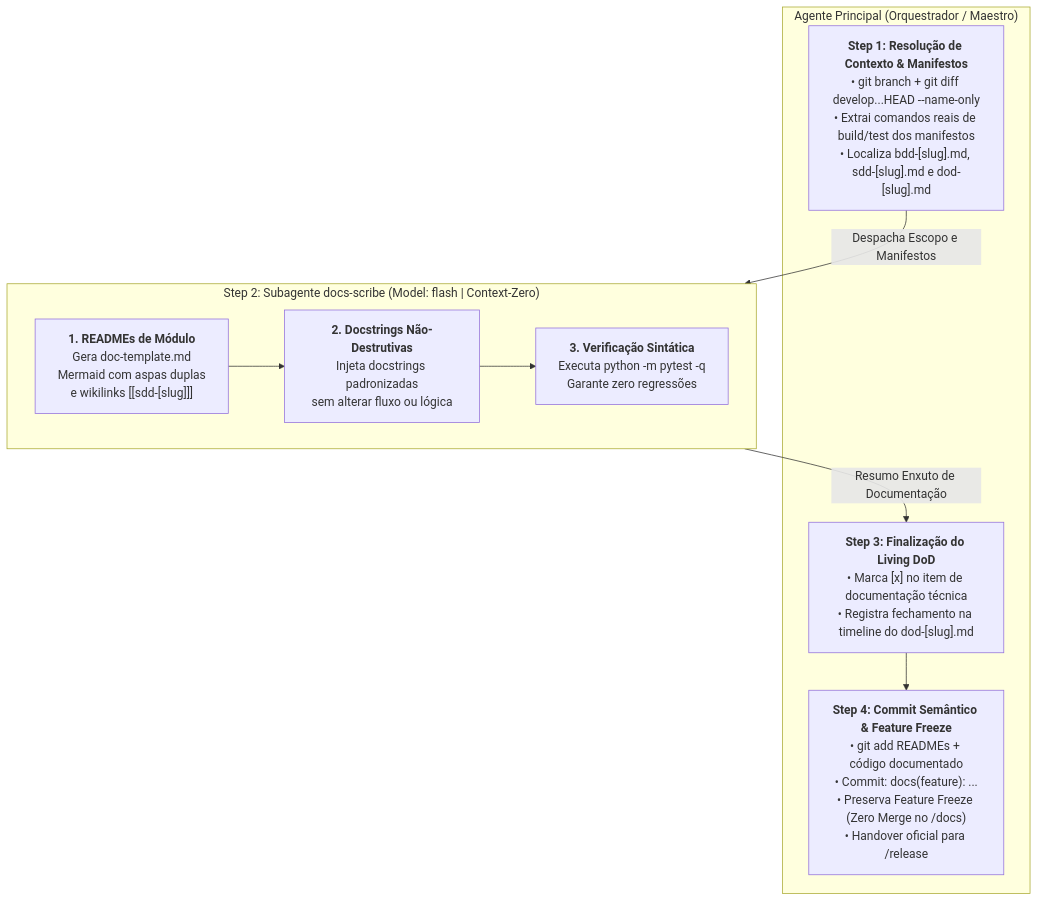
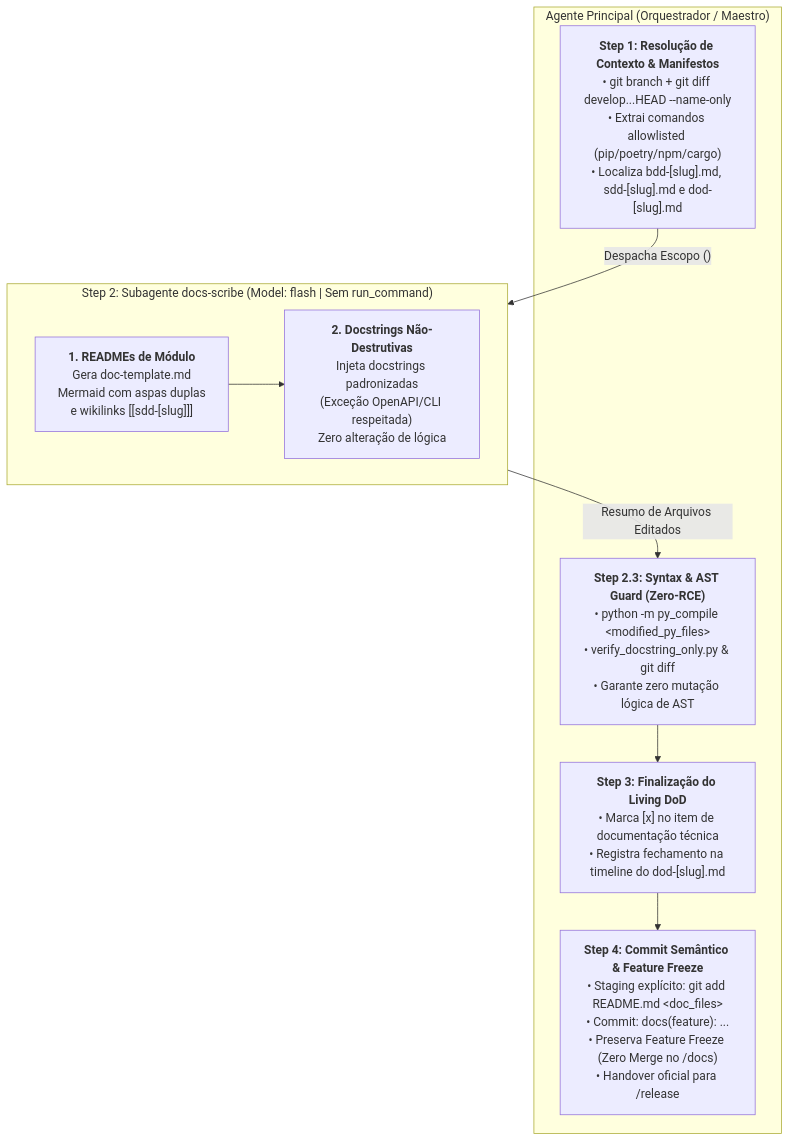
Before and after one commit to MarcosVeniciu/antigravity-agentic-skills: the diagram in doc/skills/docs/README.md, drawn with Mermaid. The commit also changed other lines of this file and 71 other files, not shown here.

````diff
--- a/doc/skills/docs/README.md
+++ b/doc/skills/docs/README.md
@@ -26,18 +26,19 @@
 ```mermaid
 flowchart TD
     subgraph MainChat["Agente Principal (Orquestrador / Maestro)"]
-        S1["<b>Step 1: Resolução de Contexto & Manifestos</b><br/>• git branch + git diff develop...HEAD --name-only<br/>• Extrai comandos reais de build/test dos manifestos<br/>• Localiza bdd-[slug].md, sdd-[slug].md e dod-[slug].md"]
+        S1["<b>Step 1: Resolução de Contexto & Manifestos</b><br/>• git branch + git diff develop...HEAD --name-only<br/>• Extrai comandos allowlisted (pip/poetry/npm/cargo)<br/>• Localiza bdd-[slug].md, sdd-[slug].md e dod-[slug].md"]
+        V["<b>Step 2.3: Syntax & AST Guard (Zero-RCE)</b><br/>• python -m py_compile &lt;modified_py_files&gt;<br/>• verify_docstring_only.py &amp; git diff<br/>• Garante zero mutação lógica de AST"]
         S3["<b>Step 3: Finalização do Living DoD</b><br/>• Marca [x] no item de documentação técnica<br/>• Registra fechamento na timeline do dod-[slug].md"]
-        S4["<b>Step 4: Commit Semântico & Feature Freeze</b><br/>• git add READMEs + código documentado<br/>• Commit: docs(feature): ...<br/>• Preserva Feature Freeze (Zero Merge no /docs)<br/>• Handover oficial para /release"]
+        S4["<b>Step 4: Commit Semântico & Feature Freeze</b><br/>• Staging explícito: git add README.md &lt;doc_files&gt;<br/>• Commit: docs(feature): ...<br/>• Preserva Feature Freeze (Zero Merge no /docs)<br/>• Handover oficial para /release"]
     end
 
-    subgraph SubDocs["Step 2: Subagente docs-scribe (Model: flash | Context-Zero)"]
+    subgraph SubDocs["Step 2: Subagente docs-scribe (Model: flash | Sem run_command)"]
         direction LR
-        M["<b>1. READMEs de Módulo</b><br/>Gera doc-template.md<br/>Mermaid com aspas duplas<br/>e wikilinks [[sdd-[slug]]]"] --> D["<b>2. Docstrings Não-Destrutivas</b><br/>Injeta docstrings padronizadas<br/>sem alterar fluxo ou lógica"]
-        D --> V["<b>3. Verificação Sintática</b><br/>Executa python -m pytest -q<br/>Garante zero regressões"]
+        M["<b>1. READMEs de Módulo</b><br/>Gera doc-template.md<br/>Mermaid com aspas duplas<br/>e wikilinks [[sdd-[slug]]]"] --> D["<b>2. Docstrings Não-Destrutivas</b><br/>Injeta docstrings padronizadas<br/>(Exceção OpenAPI/CLI respeitada)<br/>Zero alteração de lógica"]
     end
 
-    S1 -->|"Despacha Escopo e Manifestos"| M
-    V -->|"Resumo Enxuto de Documentação"| S3
+    S1 -->|"Despacha Escopo (<untrusted_source_code>)"| M
+    D -->|"Resumo de Arquivos Editados"| V
+    V --> S3
     S3 --> S4
 ```
````
